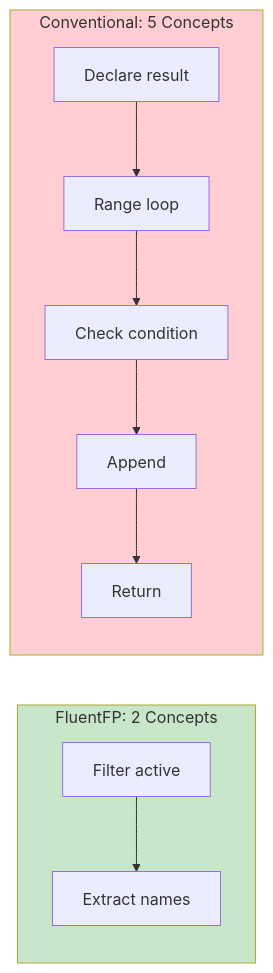
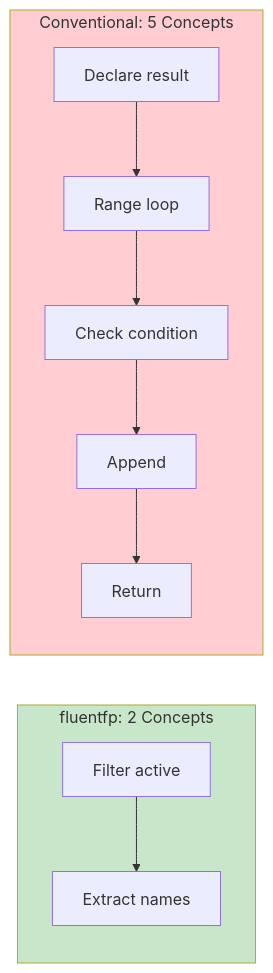
One commit to binaryphile/fluentfp changed the third of 4 diagrams in analysis.md. Above: the diagram before and after it, drawn with Mermaid. The commit also changed other lines of this file and 3 other files, not shown here.

````diff
--- a/analysis.md
+++ b/analysis.md
@@ -60,13 +60,13 @@
 ```mermaid
 flowchart LR
-    subgraph FluentFP["FluentFP: 2 Concepts"]
+    subgraph fluentfp["fluentfp: 2 Concepts"]
         F1["Filter active"] --> F2["Extract names"]
     end
 
     subgraph Conventional["Conventional: 5 Concepts"]
         C1["Declare result"] --> C2["Range loop"] --> C3["Check condition"] --> C4["Append"] --> C5["Return"]
     end
 
-    style FluentFP fill:#c8e6c9
+    style fluentfp fill:#c8e6c9
     style Conventional fill:#ffcdd2
 ```
````
